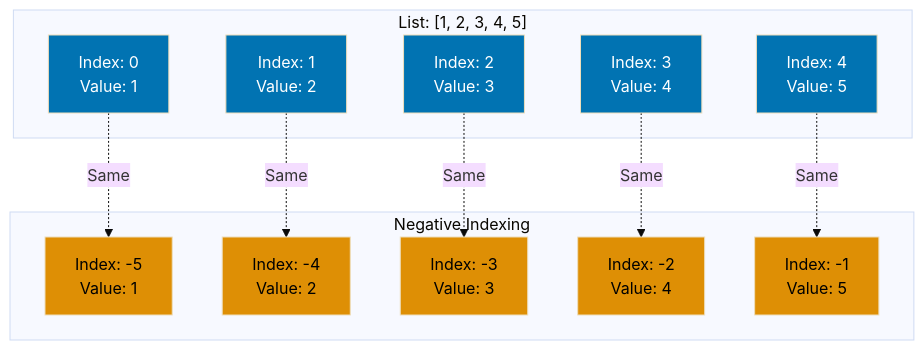
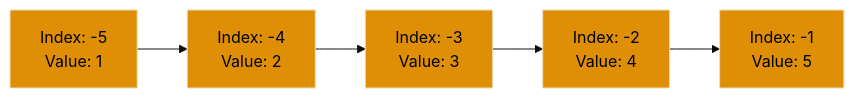
One commit to wahidyankf/open-sharia-enterprise changed the sixth of 11 diagrams in apps/ayokoding-web/content/en/learn/software-engineering/programming-languages/python/tutorials/by-example/beginner.md. Above: the diagram before and after it, drawn with Mermaid (base theme). The commit also changed other lines of this file and 4 other files, not shown here.

````diff
--- a/apps/ayokoding-web/content/en/learn/software-engineering/programming-languages/python/tutorials/by-example/beginner.md
+++ b/apps/ayokoding-web/content/en/learn/software-engineering/programming-languages/python/tutorials/by-example/beginner.md
@@ -497,36 +519,17 @@
 ```mermaid
 %% Color Palette: Blue #0173B2, Orange #DE8F05, Teal #029E73, Purple #CC78BC, Brown #CA9161
-graph TD
-    subgraph "List: [1, 2, 3, 4, 5]"
-        N0["Index: 0<br/>Value: 1"]
-        N1["Index: 1<br/>Value: 2"]
-        N2["Index: 2<br/>Value: 3"]
-        N3["Index: 3<br/>Value: 4"]
-        N4["Index: 4<br/>Value: 5"]
-    end
+graph LR
+    M5["Index: -5<br/>Value: 1"]
+    M4["Index: -4<br/>Value: 2"]
+    M3["Index: -3<br/>Value: 3"]
+    M2["Index: -2<br/>Value: 4"]
+    M1["Index: -1<br/>Value: 5"]
 
-    subgraph "Negative Indexing"
-        M5["Index: -5<br/>Value: 1"]
-        M4["Index: -4<br/>Value: 2"]
-        M3["Index: -3<br/>Value: 3"]
-        M2["Index: -2<br/>Value: 4"]
-        M1["Index: -1<br/>Value: 5"]
-    end
+    M5 --> M4 --> M3 --> M2 --> M1
 
-    N0 -.Same.-> M5
-    N1 -.Same.-> M4
-    N2 -.Same.-> M3
-    N3 -.Same.-> M2
-    N4 -.Same.-> M1
-
-    style N0 fill:#0173B2,color:#fff
-    style N1 fill:#0173B2,color:#fff
-    style N2 fill:#0173B2,color:#fff
-    style N3 fill:#0173B2,color:#fff
-    style N4 fill:#0173B2,color:#fff
     style M5 fill:#DE8F05,color:#000
     style M4 fill:#DE8F05,color:#000
     style M3 fill:#DE8F05,color:#000
     style M2 fill:#DE8F05,color:#000
     style M1 fill:#DE8F05,color:#000
 ```
````
